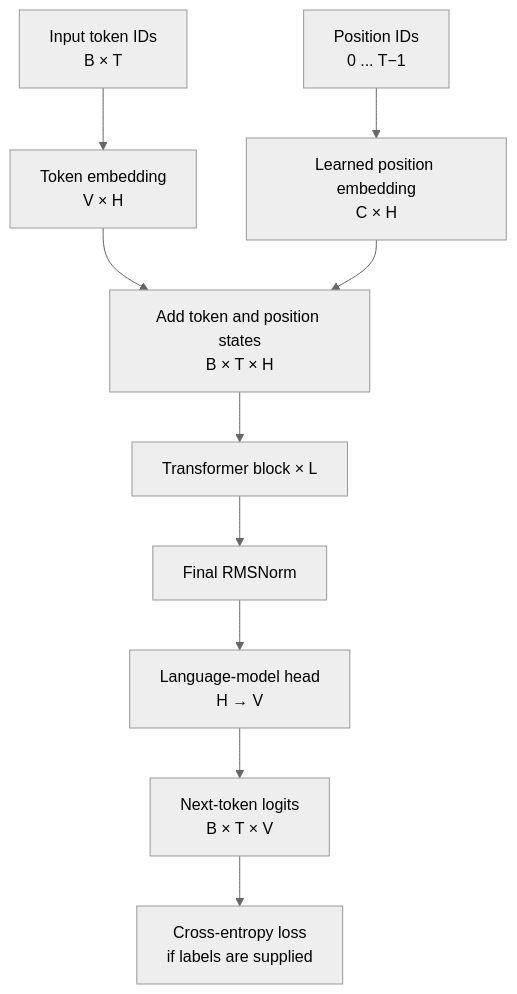
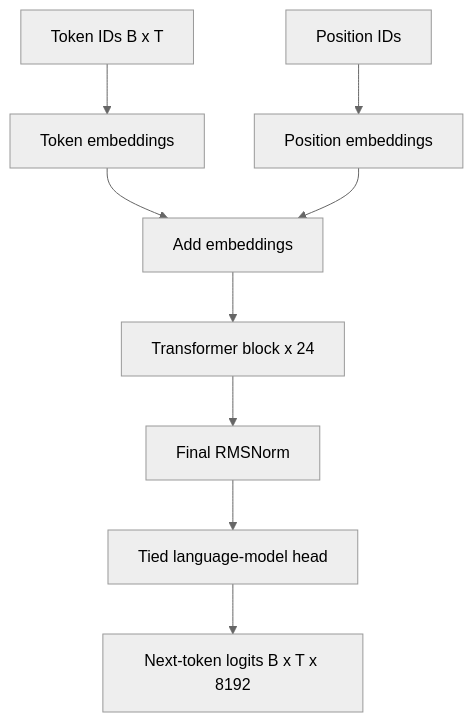
One commit to golba98/LLM-Codexa-v1 changed the diagram in documentation/reference/ARCHITECTURE.md. Above: the diagram before and after it, drawn with Mermaid (neutral theme). The commit also changed other lines of this file and 74 other files, not shown here.

````diff
--- a/documentation/reference/ARCHITECTURE.md
+++ b/documentation/reference/ARCHITECTURE.md
@@ -17,12 +13,11 @@
 ```mermaid
 flowchart TD
-    A["Input token IDs<br/>B × T"] --> B["Token embedding<br/>V × H"]
-    P["Position IDs<br/>0 ... T−1"] --> Q["Learned position embedding<br/>C × H"]
-    B --> C["Add token and position states<br/>B × T × H"]
-    Q --> C
-    C --> D["Transformer block × L"]
-    D --> E["Final RMSNorm"]
-    E --> F["Language-model head<br/>H → V"]
-    F --> G["Next-token logits<br/>B × T × V"]
-    G --> H["Cross-entropy loss<br/>if labels are supplied"]
+    A["Token IDs B x T"] --> B["Token embeddings"]
+    P["Position IDs"] --> C["Position embeddings"]
+    B --> D["Add embeddings"]
+    C --> D
+    D --> E["Transformer block x 24"]
+    E --> F["Final RMSNorm"]
+    F --> G["Tied language-model head"]
+    G --> H["Next-token logits B x T x 8192"]
 ```
````
